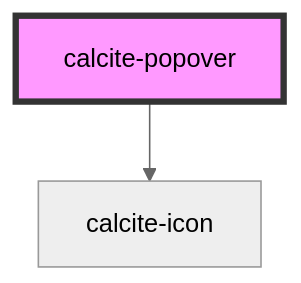
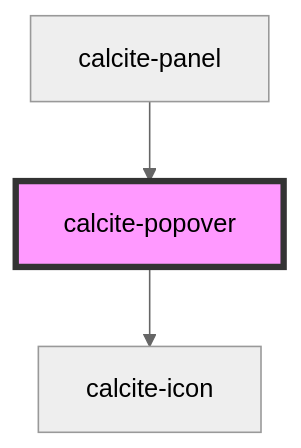
One commit to vikivakarvc/calcite-design-system changed the diagram in src/components/calcite-popover/readme.md. Above: the diagram before and after it, drawn with Mermaid (neutral theme). The commit also changed other lines of this file and 29 other files, not shown here.

````diff
--- a/src/components/calcite-popover/readme.md
+++ b/src/components/calcite-popover/readme.md
@@ -74,5 +78,6 @@
 ```mermaid
 graph TD;
   calcite-popover --> calcite-icon
+  calcite-panel --> calcite-popover
   style calcite-popover fill:#f9f,stroke:#333,stroke-width:4px
 ```
````
